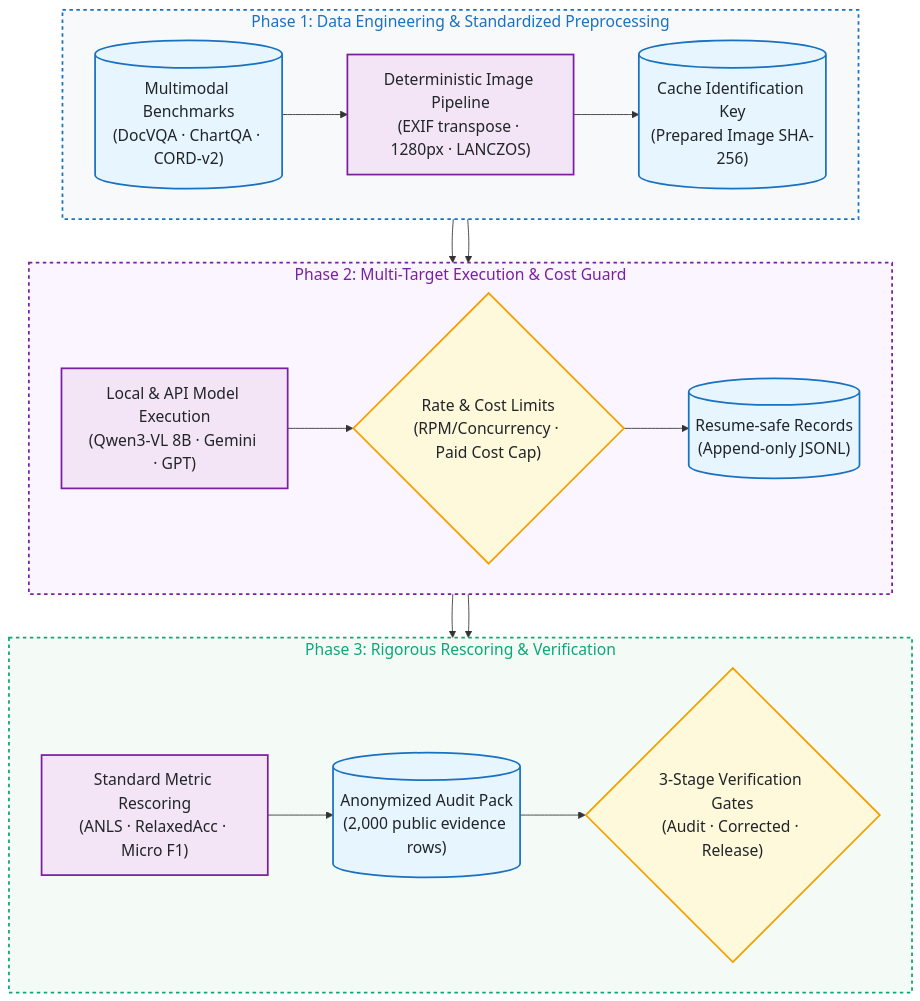
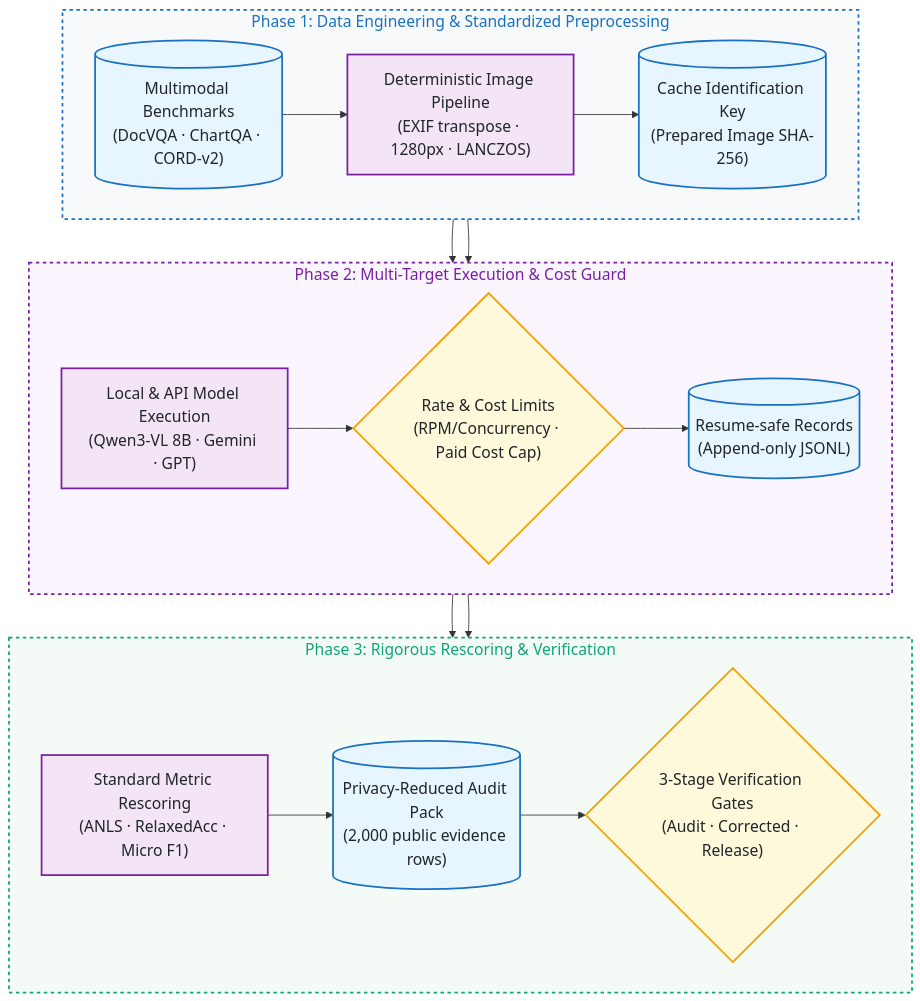
Before and after one commit to kuotunyu/vlm-eval-bench: the first of 2 diagrams in README.en.md, drawn with Mermaid. The commit also changed other lines of this file and 1 other file, not shown here.

Commit message:
docs: calibrate README claims and restore evidence-boundary caveats

````diff
--- a/README.en.md
+++ b/README.en.md
@@ -19,33 +19,33 @@
 ```mermaid
 %%{init: {'themeVariables': {'fontSize': '18px'}}}%%
 flowchart TD
     subgraph DataStage ["Phase 1: Data Engineering & Standardized Preprocessing"]
         direction LR
         Dataset[("Multimodal Benchmarks<br/>(DocVQA · ChartQA · CORD-v2)")] --> Prep["Deterministic Image Pipeline<br/>(EXIF transpose · 1280px · LANCZOS)"] --> Cache[("Cache Identification Key<br/>(Prepared Image SHA-256)")]
     end
 
     subgraph ExecStage ["Phase 2: Multi-Target Execution & Cost Guard"]
         direction LR
         Cache --> Models["Local & API Model Execution<br/>(Qwen3-VL 8B · Gemini · GPT)"] --> Safe{"Rate & Cost Limits<br/>(RPM/Concurrency · Paid Cost Cap)"} --> Raw[("Resume-safe Records<br/>(Append-only JSONL)")]
     end
 
     subgraph EvalStage ["Phase 3: Rigorous Rescoring & Verification"]
         direction LR
-        Raw --> Rescore["Standard Metric Rescoring<br/>(ANLS · RelaxedAcc · Micro F1)"] --> AuditPack[("Anonymized Audit Pack<br/>(2,000 public evidence rows)")] --> Gate{"3-Stage Verification Gates<br/>(Audit · Corrected · Release)"}
+        Raw --> Rescore["Standard Metric Rescoring<br/>(ANLS · RelaxedAcc · Micro F1)"] --> AuditPack[("Privacy-Reduced Audit Pack<br/>(2,000 public evidence rows)")] --> Gate{"3-Stage Verification Gates<br/>(Audit · Corrected · Release)"}
     end
 
     DataStage --> ExecStage --> EvalStage
 
     classDef srcStyle fill:#e7f5ff,stroke:#1971c2,stroke-width:2px,color:#212529
     classDef procStyle fill:#f3e5f5,stroke:#7b1fa2,stroke-width:2px,color:#212529
     classDef condStyle fill:#fff9db,stroke:#f59f00,stroke-width:2px,color:#212529
     classDef evalStyle fill:#e6fcf5,stroke:#0ca678,stroke-width:2px,color:#212529
 
     class Dataset,Cache,Raw,AuditPack srcStyle
     class Prep,Models,Rescore procStyle
     class Safe,Gate condStyle
 
     style DataStage fill:#f8f9fa,stroke:#1971c2,stroke-width:2px,color:#1971c2,stroke-dasharray: 4 4
     style ExecStage fill:#faf5ff,stroke:#7b1fa2,stroke-width:2px,color:#7b1fa2,stroke-dasharray: 4 4
     style EvalStage fill:#f4fbf7,stroke:#0ca678,stroke-width:2px,color:#0ca678,stroke-dasharray: 4 4
 ```
````
